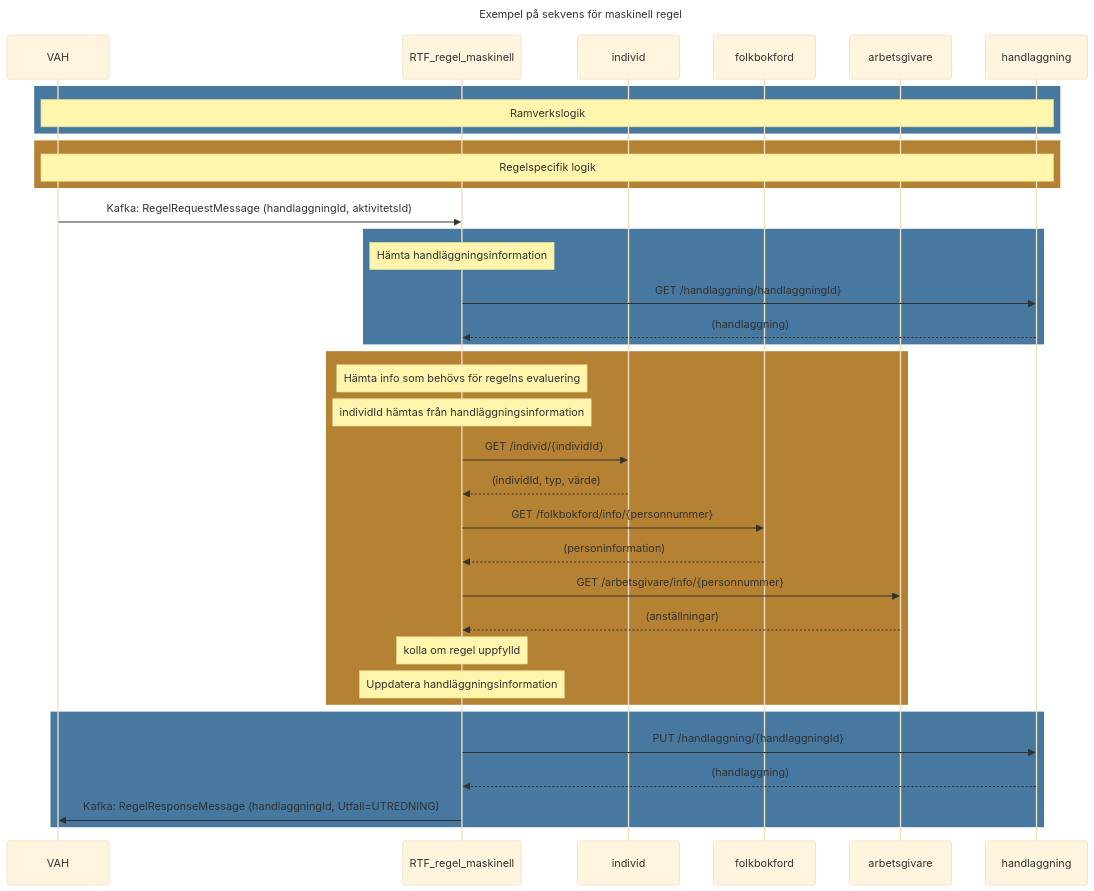
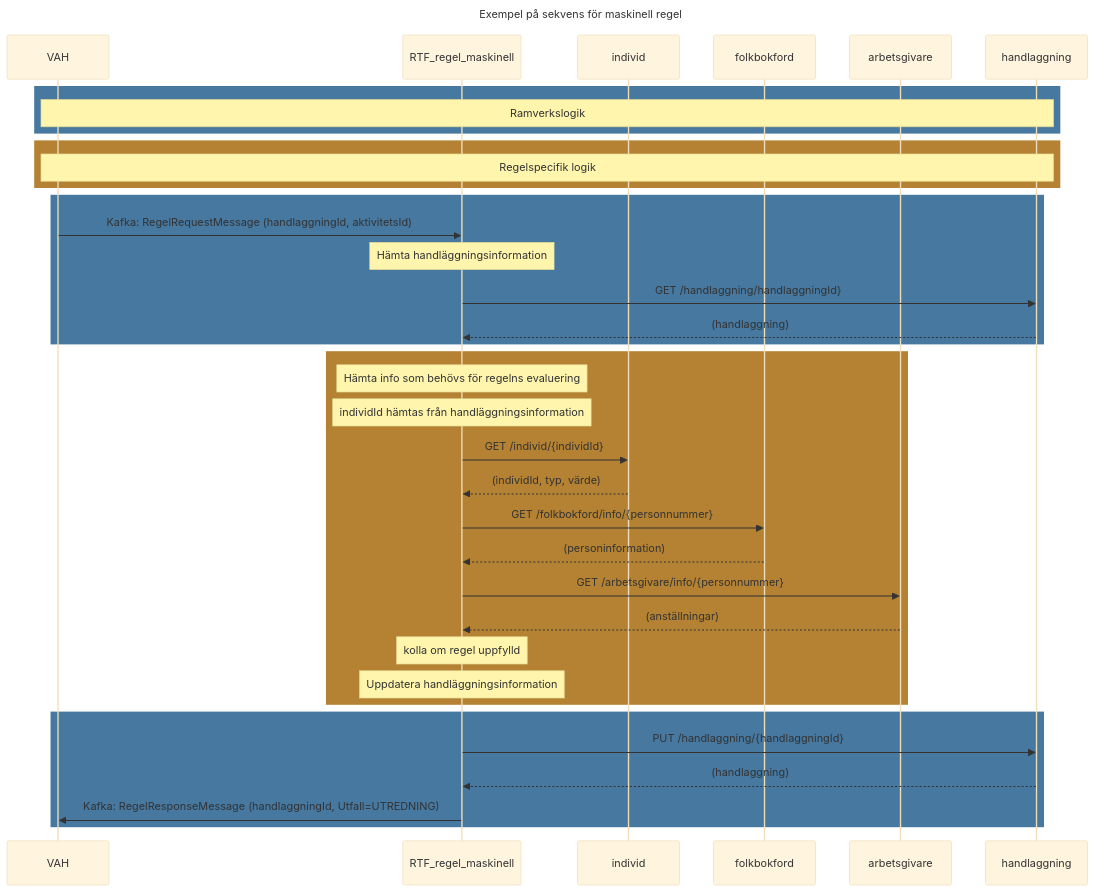
One commit to Forsakringskassan/rimfrost changed the diagram in sequences/ratt_till_forsakring_maskinell.mmd. Above: the diagram before and after it, drawn with Mermaid (base theme). The commit also changed other lines of this file and 5 other files, not shown here.

Commit message:
fix: move incoming Kafka messages inside framework rects in sequence diagrams

```diff
--- a/sequences/ratt_till_forsakring_maskinell.mmd
+++ b/sequences/ratt_till_forsakring_maskinell.mmd
@@ -1,48 +1,48 @@
 sequenceDiagram
 title Exempel på sekvens för maskinell regel
 
     participant VAH
     participant RTF_regel_maskinell
     participant individ
     participant folkbokford
     participant arbetsgivare
     participant handlaggning
 
 rect rgb(70, 120, 160)
     note over VAH,handlaggning: Ramverkslogik
 end
 rect rgb(180, 130, 50)
     note over VAH,handlaggning: Regelspecifik logik
 end
 
+rect rgb(70, 120, 160)
     VAH ->> RTF_regel_maskinell: Kafka: RegelRequestMessage (handlaggningId, aktivitetsId)
 
-rect rgb(70, 120, 160)
     note over RTF_regel_maskinell: Hämta handläggningsinformation
     RTF_regel_maskinell ->> handlaggning: GET /handlaggning/handlaggningId}
     handlaggning -->> RTF_regel_maskinell: (handlaggning)
 end
 
 rect rgb(180, 130, 50)
     note over RTF_regel_maskinell: Hämta info som behövs för regelns evaluering
     note over RTF_regel_maskinell: individId hämtas från handläggningsinformation
 
     RTF_regel_maskinell ->> individ: GET /individ/{individId}
     individ -->> RTF_regel_maskinell: (individId, typ, värde)
 
     RTF_regel_maskinell ->> folkbokford: GET /folkbokford/info/{personnummer}
     folkbokford -->> RTF_regel_maskinell: (personinformation)
 
     RTF_regel_maskinell ->> arbetsgivare: GET /arbetsgivare/info/{personnummer}
     arbetsgivare -->> RTF_regel_maskinell: (anställningar)
 
     note over RTF_regel_maskinell: kolla om regel uppfylld
     note over RTF_regel_maskinell: Uppdatera handläggningsinformation
 end
 
 rect rgb(70, 120, 160)
     RTF_regel_maskinell ->> handlaggning: PUT /handlaggning/{handlaggningId}
     handlaggning -->> RTF_regel_maskinell: (handlaggning)
 
     RTF_regel_maskinell ->> VAH: Kafka: RegelResponseMessage (handlaggningId, Utfall=UTREDNING)
 end
```
